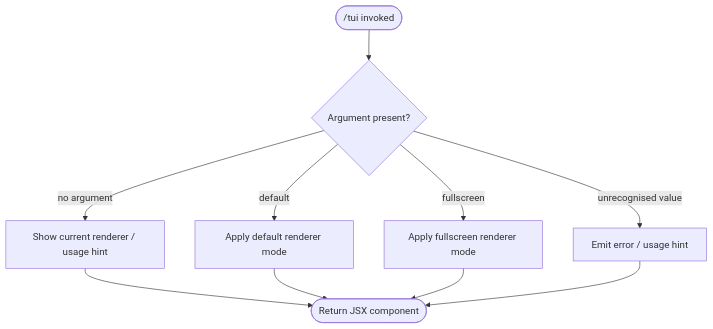
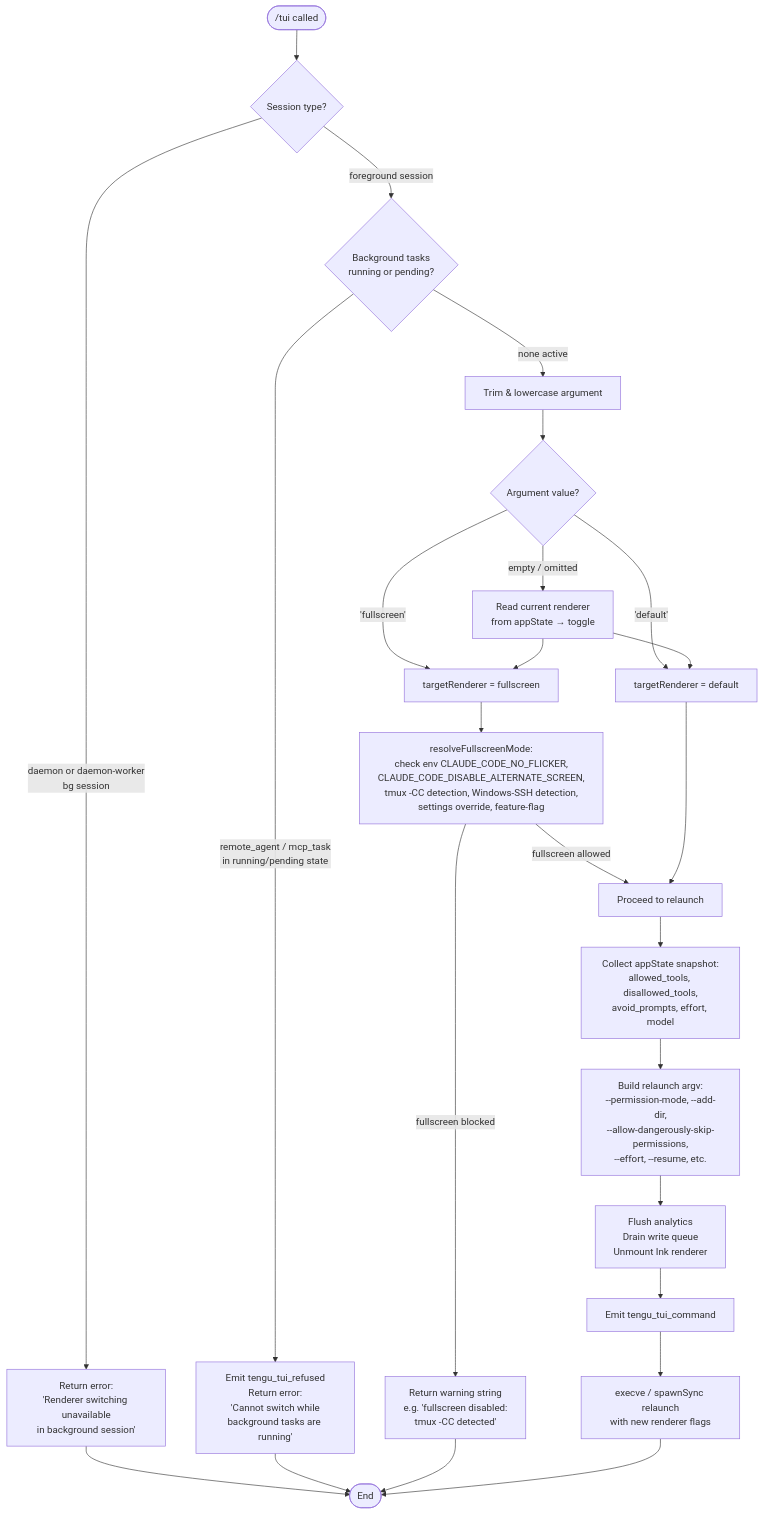
The diagram in versions/v2.1.156/tui.md (MyLittleLuckyDog/cc-gnothi), drawn with Mermaid before and after one commit. The commit also changed other lines of this file and 593 other files, not shown here.

````diff
--- a/versions/v2.1.156/tui.md
+++ b/versions/v2.1.156/tui.md
@@ -47,12 +55,27 @@
 ```mermaid
 flowchart TD
-    A(["/tui invoked"]) --> B{Argument present?}
-    B -- "no argument" --> C[Show current renderer / usage hint]
-    B -- "default" --> D[Apply default renderer mode]
-    B -- "fullscreen" --> E[Apply fullscreen renderer mode]
-    B -- "unrecognised value" --> F[Emit error / usage hint]
-    C --> G([Return JSX component])
-    D --> G
-    E --> G
-    F --> G
+    A(["/tui called"]) --> B{Session type?}
+    B -->|daemon or daemon-worker\nbg session| C[Return error:\n'Renderer switching unavailable\nin background session']
+    C --> Z([End])
+    B -->|foreground session| D{Background tasks\nrunning or pending?}
+    D -->|remote_agent / mcp_task\nin running/pending state| E[Emit tengu_tui_refused\nReturn error:\n'Cannot switch while\nbackground tasks are running']
+    E --> Z
+    D -->|none active| F[Trim & lowercase argument]
+    F --> G{Argument value?}
+    G -->|'fullscreen'| H[targetRenderer = fullscreen]
+    G -->|'default'| I[targetRenderer = default]
+    G -->|empty / omitted| J[Read current renderer\nfrom appState → toggle]
+    J --> H
+    J --> I
+    H --> K[resolveFullscreenMode:\ncheck env CLAUDE_CODE_NO_FLICKER,\nCLAUDE_CODE_DISABLE_ALTERNATE_SCREEN,\ntmux -CC detection, Windows-SSH detection,\nsettings override, feature-flag]
+    K -->|fullscreen blocked| L[Return warning string\ne.g. 'fullscreen disabled:\ntmux -CC detected']
+    L --> Z
+    K -->|fullscreen allowed| M[Proceed to relaunch]
+    I --> M
+    M --> N[Collect appState snapshot:\nallowed_tools, disallowed_tools,\navoid_prompts, effort, model]
+    N --> O[Build relaunch argv:\n--permission-mode, --add-dir,\n--allow-dangerously-skip-permissions,\n--effort, --resume, etc.]
+    O --> P[Flush analytics\nDrain write queue\nUnmount Ink renderer]
+    P --> Q[Emit tengu_tui_command]
+    Q --> R[execve / spawnSync relaunch\nwith new renderer flags]
+    R --> Z
 ```
````
